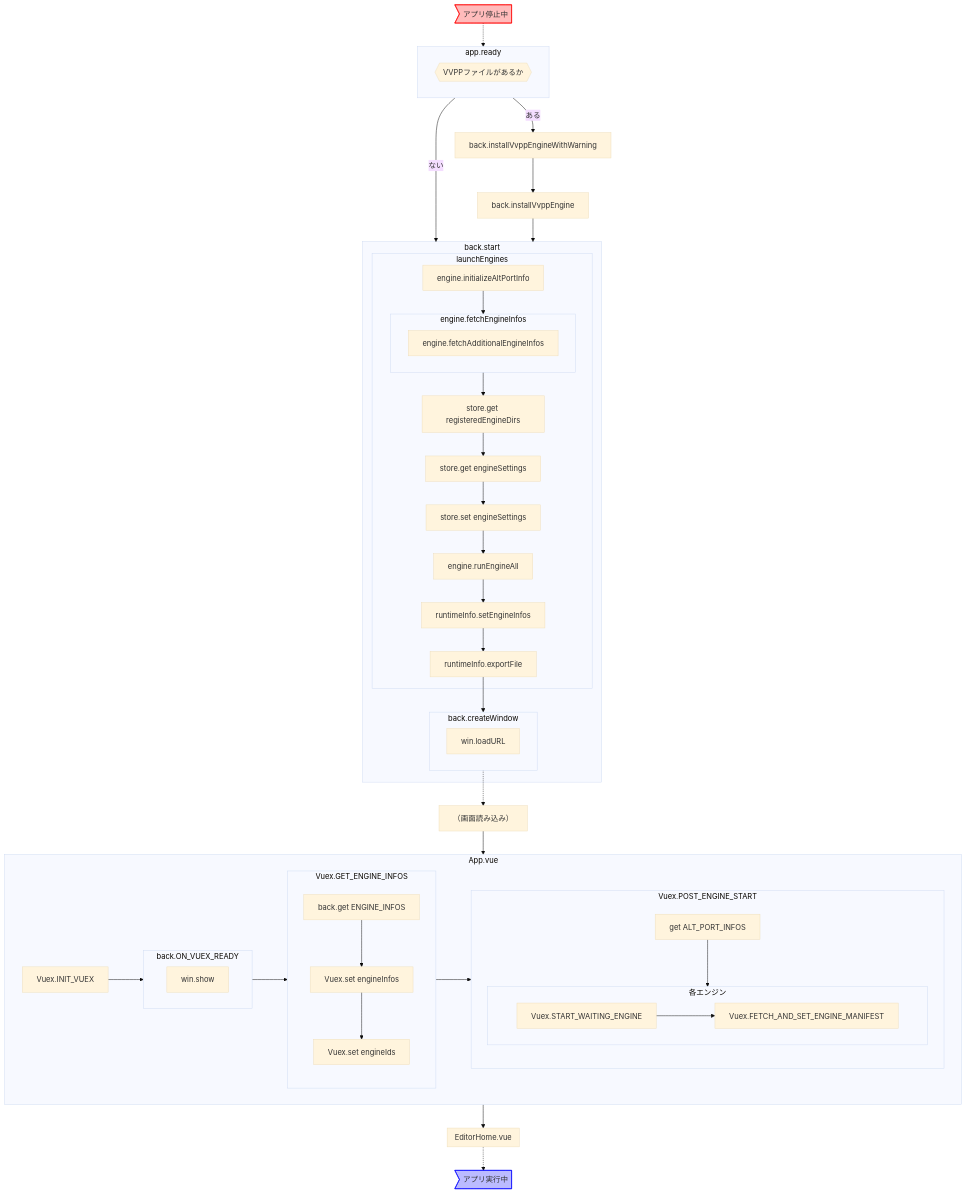
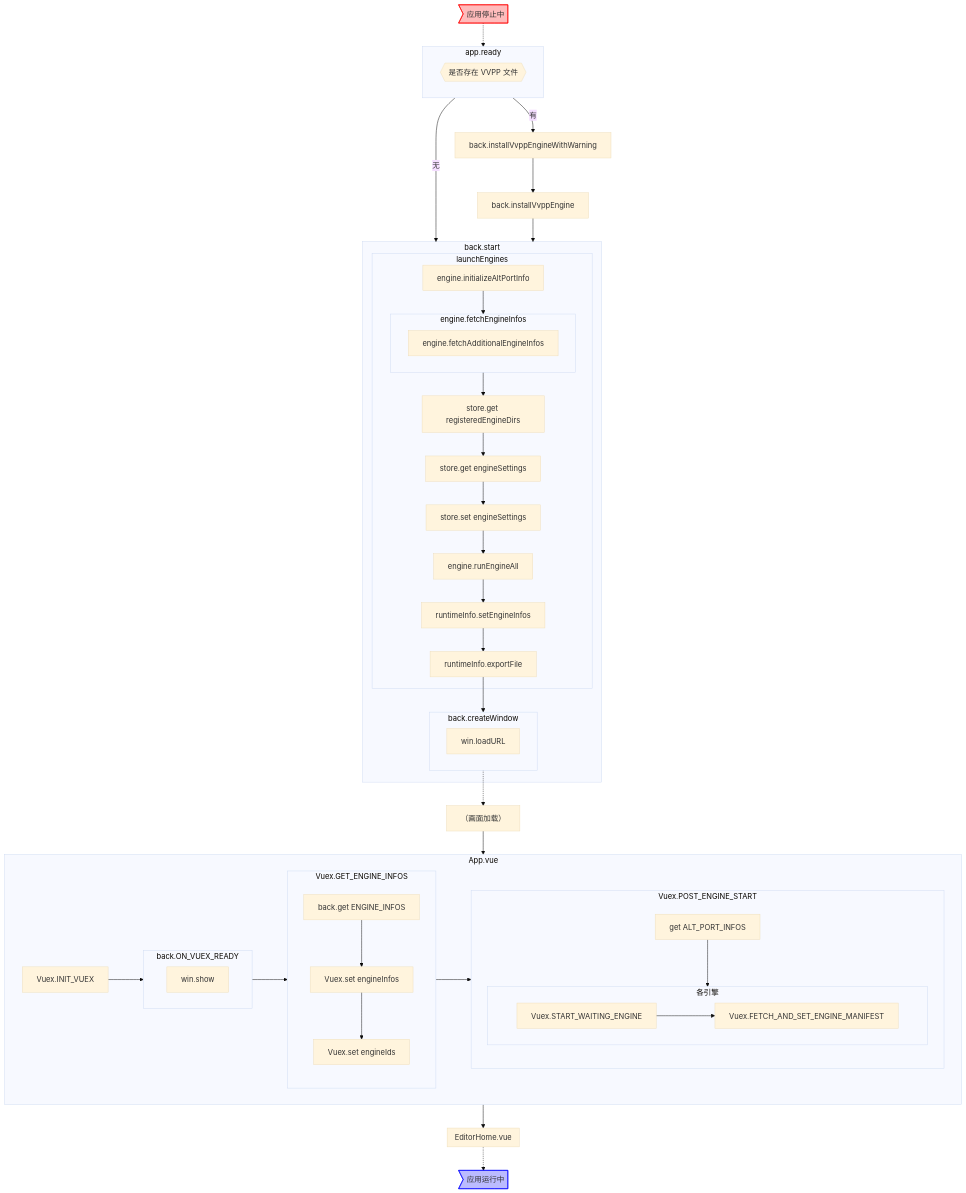
One commit to WERTYUS11/VOICEVOX changed the diagram in docs/res/起動シーケンス図.md. Above: the diagram before and after it, drawn with Mermaid (base theme). The commit also changed other lines of this file and 181 other files, not shown here.

````diff
--- a/docs/res/起動シーケンス図.md
+++ b/docs/res/起動シーケンス図.md
@@ -3,55 +3,55 @@
 ```mermaid
 flowchart
   174170["back.installVvppEngineWithWarning"] --> 786961["back.installVvppEngine"]
-  764022["（画面読み込み）"] --> 698565["App.vue"]
+  764022["（画面加载）"] --> 698565["App.vue"]
   733212["back.createWindow"] -.-> 764022
-  448821>"アプリ停止中"] -.-> 430173["app.ready"]
+  448821>"应用停止中"] -.-> 430173["app.ready"]
   style 448821 fill:#ffbbbb,stroke:#ff0000
-  430173 -->|"ある"| 174170
-  430173 -->|"ない"| 389651["back.start"]
-  332024["EditorHome.vue"] -.-> 704891>"アプリ実行中"]
+  430173 -->|"有"| 174170
+  430173 -->|"无"| 389651["back.start"]
+  332024["EditorHome.vue"] -.-> 704891>"应用运行中"]
   style 704891 fill:#bbbbff,stroke:#0000ff
   786961 --> 389651
   698565 --> 332024
   subgraph 332024["EditorHome.vue"]
   end
   subgraph 389651["back.start"]
     321984["runtimeInfo.exportFile"] --> 733212
     subgraph 733212["back.createWindow"]
       613440["win.loadURL"]
     end
     subgraph 548965["launchEngines"]
       250263["store.get engineSettings"] --> 222321["store.set engineSettings"]
       870482["store.get registeredEngineDirs"] --> 250263
       222321 --> 967432["engine.runEngineAll"]
       656570["engine.fetchEngineInfos"] --> 870482
       110954["engine.initializeAltPortInfo"] --> 656570
       967432 --> 302398["runtimeInfo.setEngineInfos"]
       302398 --> 321984
       subgraph 656570["engine.fetchEngineInfos"]
         267019["engine.fetchAdditionalEngineInfos"]
       end
     end
   end
   subgraph 430173["app.ready"]
-    546251{{"VVPPファイルがあるか"}}
+    546251{{"是否存在 VVPP 文件"}}
   end
   subgraph 698565["App.vue"]
     709863["Vuex.GET_ENGINE_INFOS"] --> 773040["Vuex.POST_ENGINE_START"]
     646647["Vuex.INIT_VUEX"] --> 632374["back.ON_VUEX_READY"]
     632374 --> 709863
     subgraph 632374["back.ON_VUEX_READY"]
       225701["win.show"]
     end
     subgraph 709863["Vuex.GET_ENGINE_INFOS"]
       807081["back.get ENGINE_INFOS"] --> 423649["Vuex.set engineInfos"]
       423649 --> 623418["Vuex.set engineIds"]
     end
     subgraph 773040["Vuex.POST_ENGINE_START"]
-      970396["get ALT_PORT_INFOS"] --> 467527["各エンジン"]
-      subgraph 467527["各エンジン"]
+      970396["get ALT_PORT_INFOS"] --> 467527["各引擎"]
+      subgraph 467527["各引擎"]
         592206["Vuex.START_WAITING_ENGINE"] --> 799767["Vuex.FETCH_AND_SET_ENGINE_MANIFEST"]
       end
     end
   end
 ```
````
